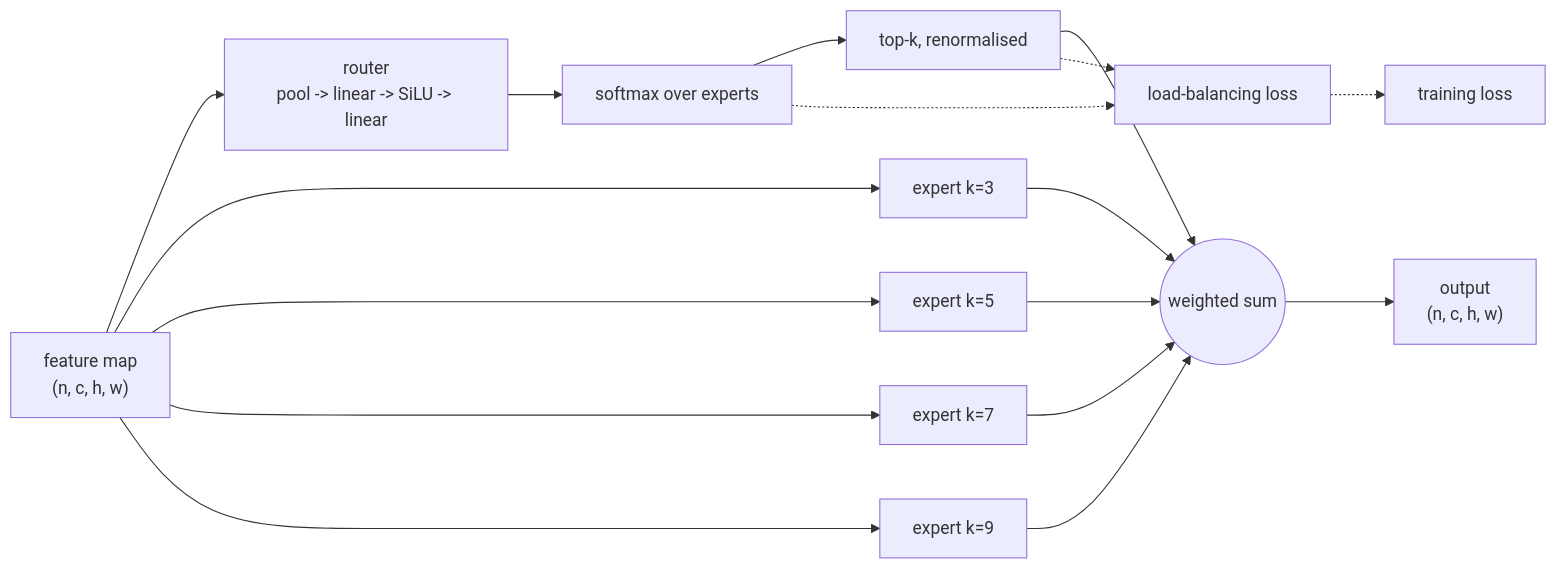
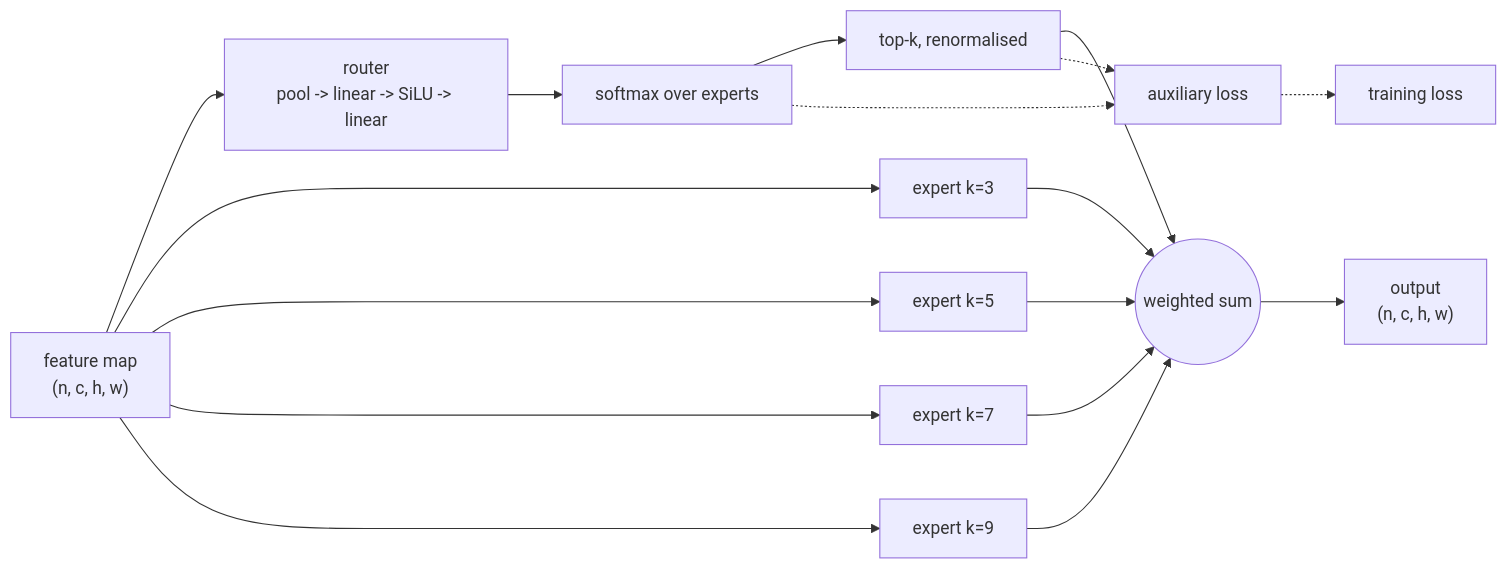
The diagram in docs/tutorial.en.md (Lfan-ke/ES-MoE), drawn with Mermaid before and after one commit. The commit also changed other lines of this file and 28 other files, not shown here.

Commit message:
docs(site): a figure for every result, dark-aware diagrams, libraries loaded on demand, and corrected comparisons.

````diff
--- a/docs/tutorial.en.md
+++ b/docs/tutorial.en.md
@@ -11,19 +11,19 @@
 ```mermaid
 flowchart LR
     X["feature map<br/>(n, c, h, w)"] --> R["router<br/>pool -> linear -> SiLU -> linear"]
     R --> P["softmax over experts"]
     P --> T["top-k, renormalised"]
     X --> E1["expert k=3"]
     X --> E2["expert k=5"]
     X --> E3["expert k=7"]
     X --> E4["expert k=9"]
     T --> S(("weighted sum"))
     E1 --> S
     E2 --> S
     E3 --> S
     E4 --> S
     S --> Y["output<br/>(n, c, h, w)"]
-    P -.-> A["load-balancing loss"]
+    P -.-> A["auxiliary loss"]
     T -.-> A
     A -.-> L["training loss"]
 ```
````
